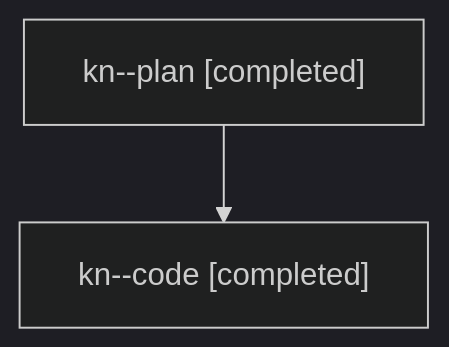
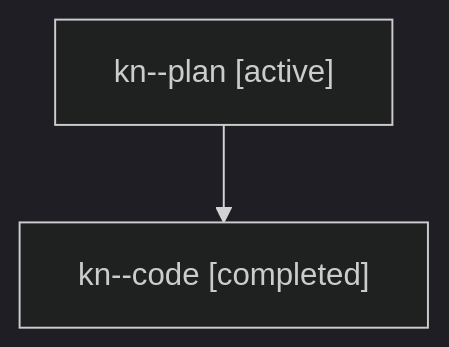
Before and after one commit to sase-org/sase--agents: the diagram in families/bbugyi200.athena.kn.md, drawn with Mermaid (dark theme). The commit also changed other lines of this file and 8679 other files, not shown here.

````diff
--- a/families/bbugyi200.athena.kn.md
+++ b/families/bbugyi200.athena.kn.md
@@ -9,6 +9,6 @@
 ```mermaid
 flowchart TD
-  n0["kn--plan [completed]"]
+  n0["kn--plan [active]"]
   n1["kn--code [completed]"]
   n0 --> n1
 ```
````
